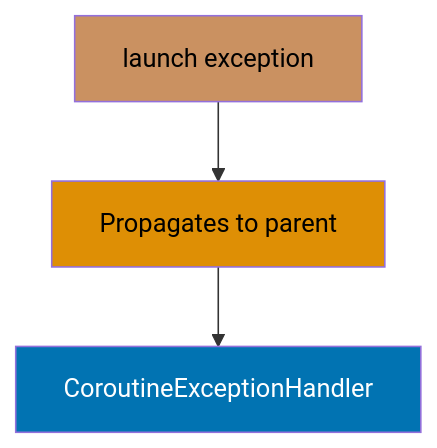
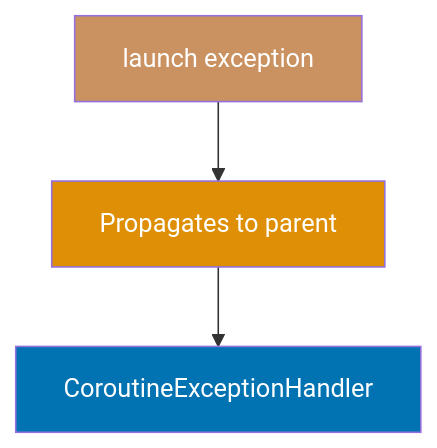
Before and after one commit to wahidyankf/open-sharia-enterprise: the fifth of 22 diagrams in apps/ayokoding-web/content/en/learn/software-engineering/programming-languages/kotlin/by-example/advanced.md, drawn with Mermaid. The commit also changed other lines of this file and 61 other files, not shown here.

First line of the commit message:
fix(ayokoding-web): quote Mermaid node labels with special characters in Example 63

````diff
--- a/apps/ayokoding-web/content/en/learn/software-engineering/programming-languages/kotlin/by-example/advanced.md
+++ b/apps/ayokoding-web/content/en/learn/software-engineering/programming-languages/kotlin/by-example/advanced.md
@@ -386,9 +386,9 @@
 ```mermaid
 graph TD
     A[launch exception] --> B[Propagates to parent]
     B --> C[CoroutineExceptionHandler]
 
-    style A fill:#CA9161,color:#000
-    style B fill:#DE8F05,color:#000
+    style A fill:#CA9161,color:#fff
+    style B fill:#DE8F05,color:#fff
     style C fill:#0173B2,color:#fff
 ```
````
